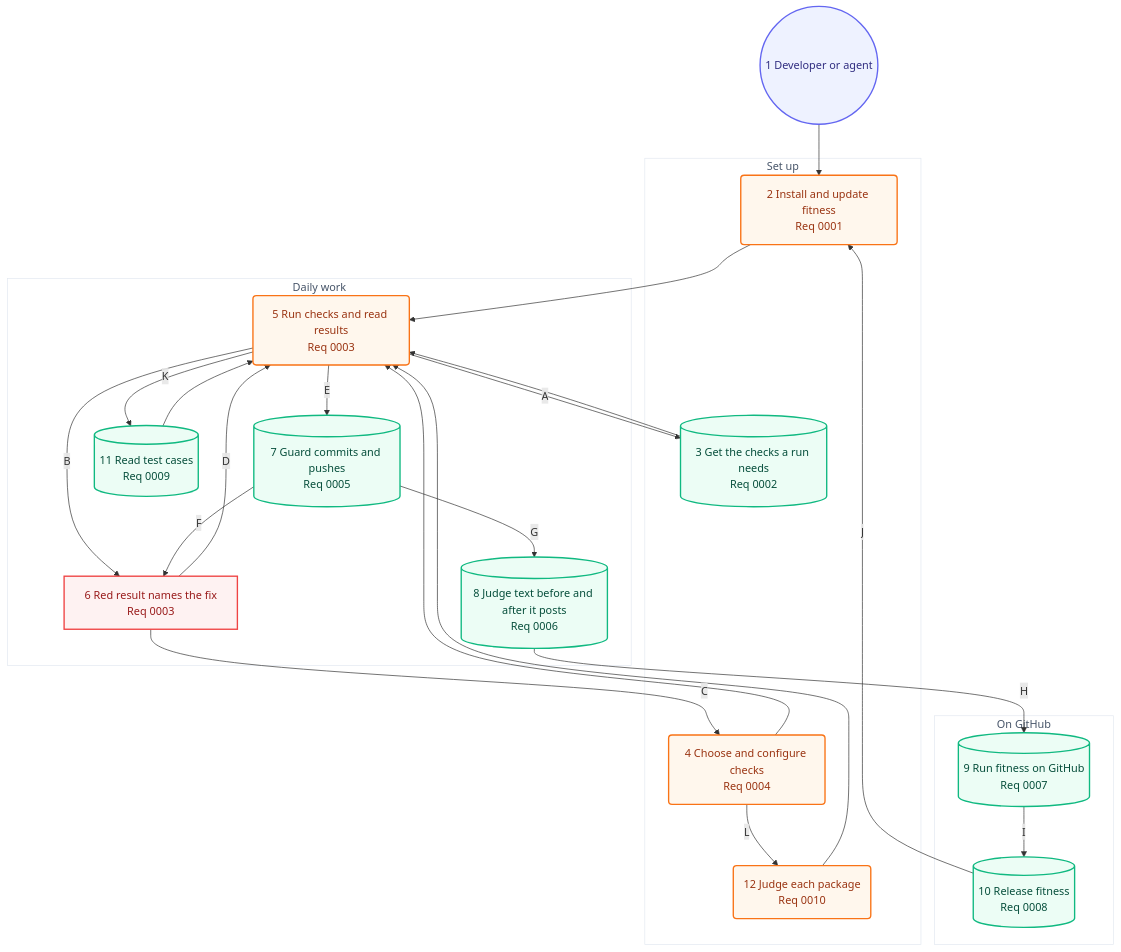
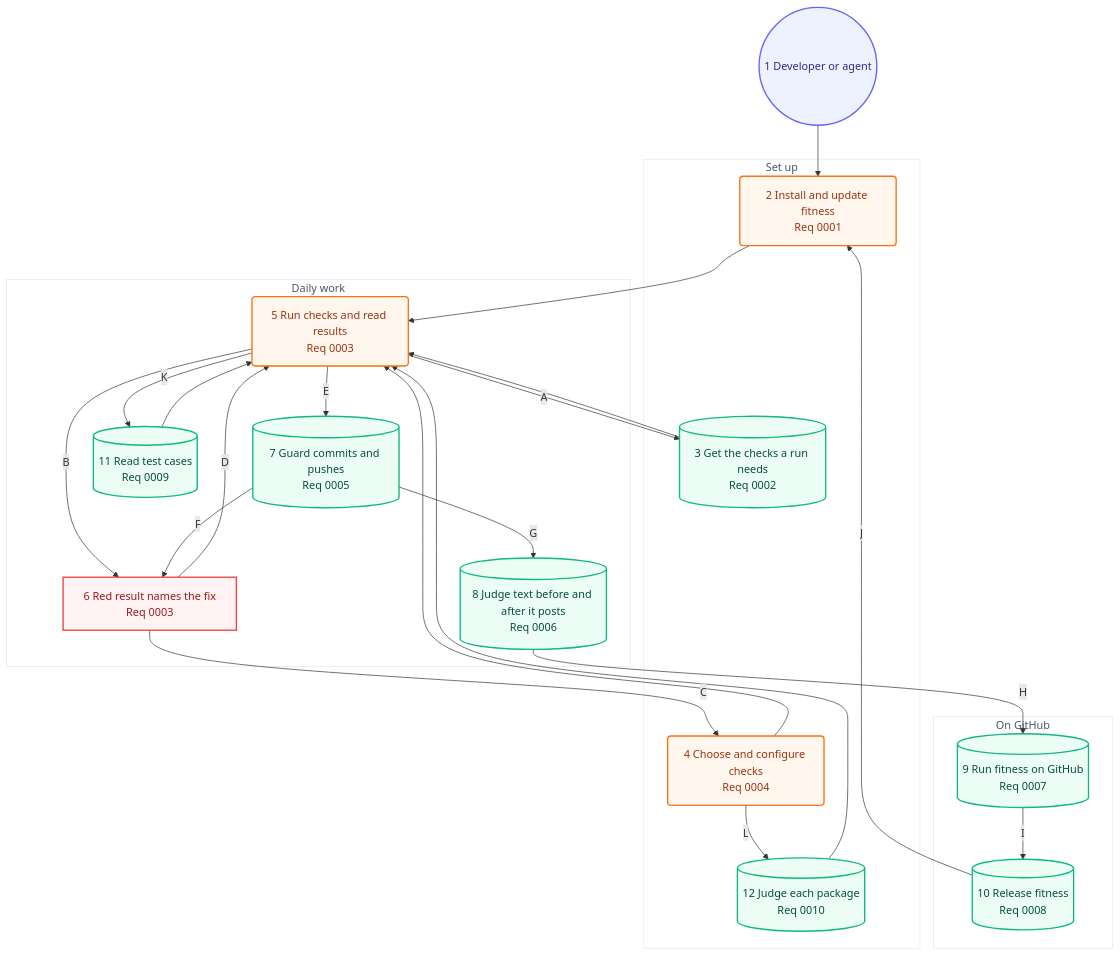
Before and after one commit to may-journal/fitness-runner: the second of 2 diagrams in docs/architecture/05-user-journey.md, drawn with Mermaid. The commit also changed other lines of this file and 6 other files, not shown here.

````diff
--- a/docs/architecture/05-user-journey.md
+++ b/docs/architecture/05-user-journey.md
@@ -38,53 +38,53 @@
 ```mermaid
 flowchart TB
     dev((1 Developer or agent)):::persona
 
     subgraph setup["Set up"]
         install(2 Install and update fitness<br/>Req 0001):::action
         checks[(3 Get the checks a run needs<br/>Req 0002)]:::system
         configure(4 Choose and configure checks<br/>Req 0004):::action
-        packages(12 Judge each package<br/>Req 0010):::action
+        packages[(12 Judge each package<br/>Req 0010)]:::system
     end
 
     subgraph daily["Daily work"]
         run(5 Run checks and read results<br/>Req 0003):::action
         red[6 Red result names the fix<br/>Req 0003]:::blocked
         guard[(7 Guard commits and pushes<br/>Req 0005)]:::system
         judge[(8 Judge text before and after it posts<br/>Req 0006)]:::system
         cases[(11 Read test cases<br/>Req 0009)]:::system
     end
 
     subgraph github["On GitHub"]
         actions[(9 Run fitness on GitHub<br/>Req 0007)]:::system
         release[(10 Release fitness<br/>Req 0008)]:::system
     end
 
     dev --> install
     install --> run
     run -->|A| checks
     checks --> run
     run -->|B| red
     red -->|C| configure
     configure --> run
     red -->|D| run
     run -->|E| guard
     guard -->|F| red
     guard -->|G| judge
     judge -->|H| actions
     actions -->|I| release
     release -->|J| install
     run -->|K| cases
     cases --> run
     configure -->|L| packages
     packages --> run
 
     classDef persona fill:#eef2ff,stroke:#6366f1,color:#312e81,stroke-width:2px
     classDef screen fill:#f8fafc,stroke:#64748b,color:#1e293b,stroke-width:2px
     classDef action fill:#fff7ed,stroke:#f97316,color:#9a3412,stroke-width:2px
     classDef system fill:#ecfdf5,stroke:#10b981,color:#064e3b,stroke-width:2px
     classDef blocked fill:#fef2f2,stroke:#ef4444,color:#991b1b,stroke-width:2px
 
     style setup fill:#ffffff,stroke:#e2e8f0,color:#475569,stroke-width:1px
     style daily fill:#ffffff,stroke:#e2e8f0,color:#475569,stroke-width:1px
     style github fill:#ffffff,stroke:#e2e8f0,color:#475569,stroke-width:1px
 ```
````
